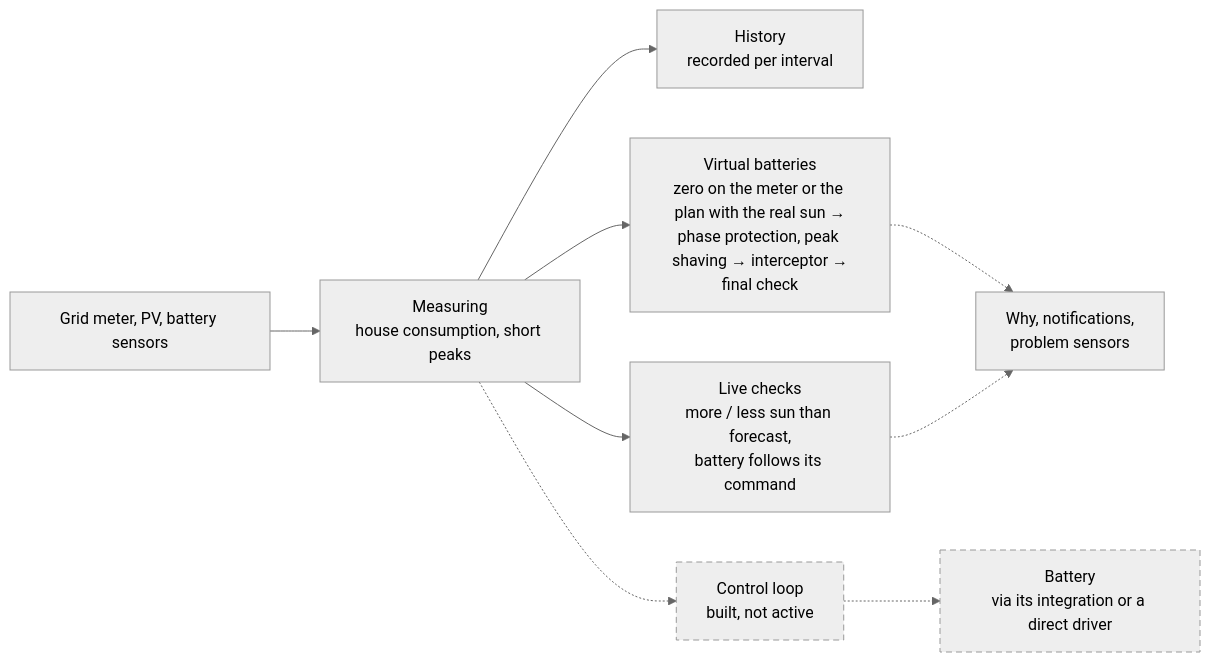
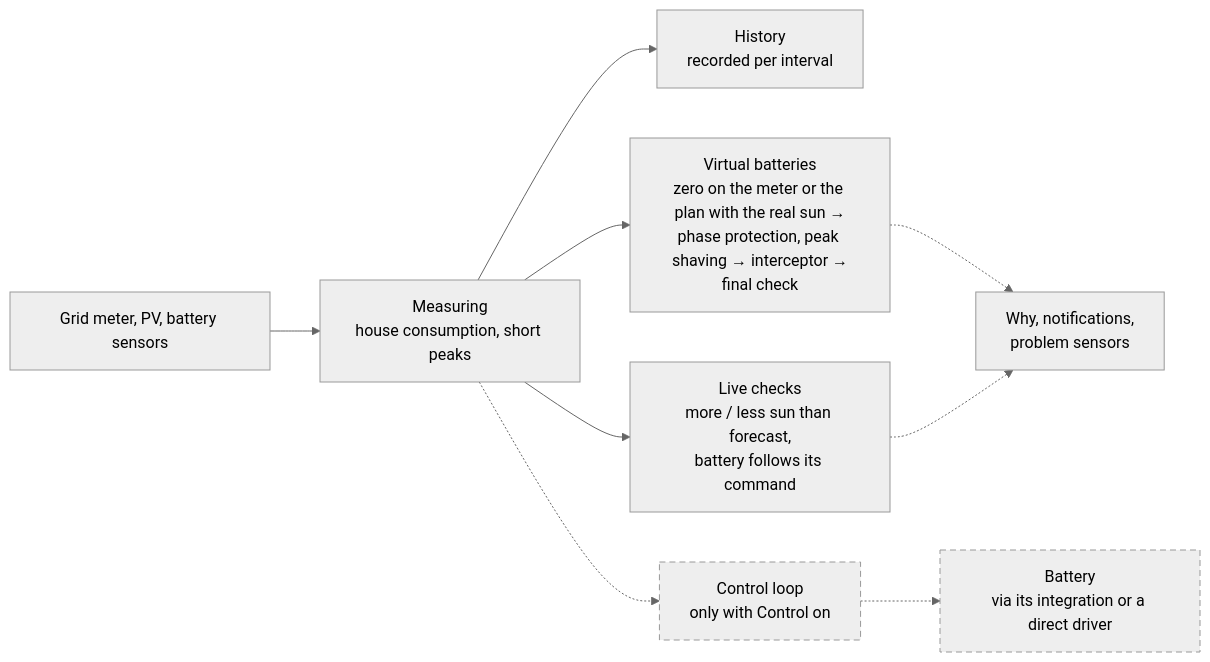
The third of 4 diagrams in docs/architecture.md (mvanrijnen/HomeBatteryAssist), drawn with Mermaid (neutral theme) before and after one commit. The commit also changed other lines of this file and 35 other files, not shown here.

First line of the commit message:
Docs review: control is real now (no read-only/advice-only wording), control not tied to a direct connection, Log/alpha/control line, folder map, tariff and price forecast lists, docs site in development; Marstek Venus E v3 direct driver verified; no brand names that must not appear

````diff
--- a/docs/architecture.md
+++ b/docs/architecture.md
@@ -79,13 +79,13 @@
 ```mermaid
 flowchart LR
   L1["Grid meter, PV, battery sensors"] --> L2["Measuring<br/>house consumption, short peaks"]
   L2 --> L3["History<br/>recorded per interval"]
   L2 --> L4["Virtual batteries<br/>zero on the meter or the plan with the real sun →<br/>phase protection, peak shaving → interceptor →<br/>final check"]
   L2 --> L5["Live checks<br/>more / less sun than forecast,<br/>battery follows its command"]
   L4 -.-> L6["Why, notifications,<br/>problem sensors"]
   L5 -.-> L6
-  L2 -.-> L7["Control loop<br/>built, not active"]
+  L2 -.-> L7["Control loop<br/>only with Control on"]
   L7 -.-> L8["Battery<br/>via its integration or a direct driver"]
   classDef off stroke-dasharray: 6 4
   class L7,L8 off
 ```
````
